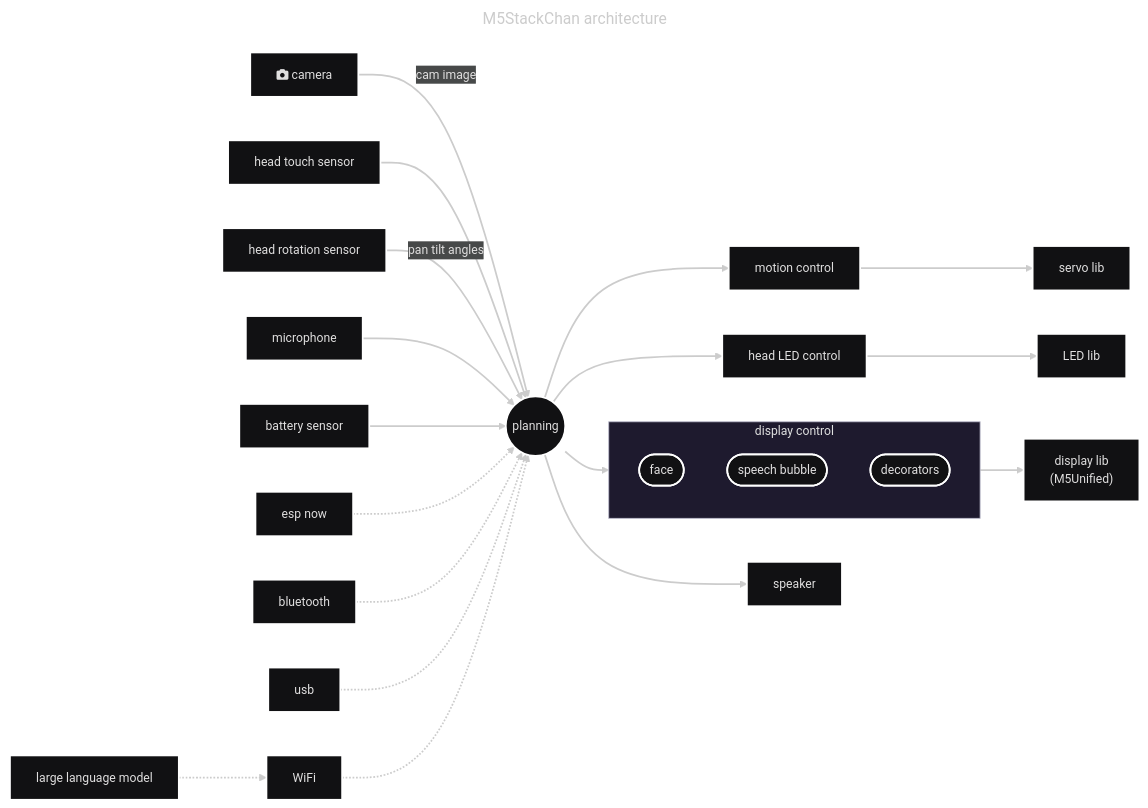
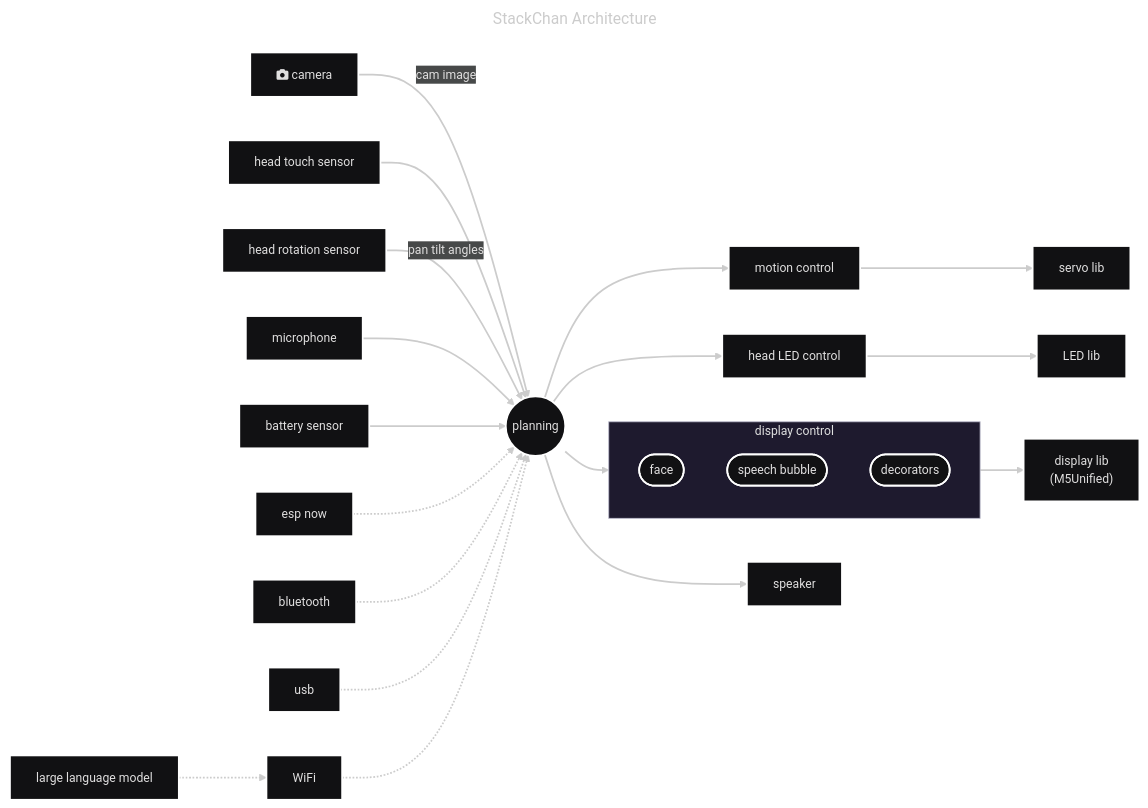
Before and after one commit to botamochi6277/stackchan-display: the diagram in README.md, drawn with Mermaid. The commit also changed other lines of this file and 5 other files, not shown here.

````diff
--- a/README.md
+++ b/README.md
@@ -17,52 +19,52 @@
 ```mermaid
 ---
 config:
   theme: 'redux-dark'
-title: 'M5StackChan architecture'
+title: 'StackChan Architecture'
 ---
 graph LR
 
 
 planning((planning))
 
 %% sensor inputs
 
 camera[fas:fa-camera camera]-->|cam image|planning
 touch[head touch sensor]-->planning
 head_rot[head rotation sensor]-->|pan tilt angles|planning
 mic[microphone]-->planning
 bat[battery sensor]-->planning
 
 %% comm inputs
 
 esp_now[esp now]-.->planning
 ble[bluetooth]-.->planning
 usb[usb]-.->planning
 wifi[WiFi]-.->planning
 
 %% extra
 
 llm[large language model]-.->wifi
 
 %% outputs
 
 planning-->display
 
 subgraph display[display control]
     face([face])
     speech([speech bubble])
     decorators([decorators])
 end
 
 display-->display_lib["display lib<br/>(M5Unified)"]
 
 planning-->mot[motion control]
 mot-->servo_lib[servo lib]
 
 %% head neopixels on M5StackChan Head
 head_led[head LED control]
 planning-->head_led[head LED control]
 head_led-->led_lib[LED lib]
 
 planning-->speaker
 ```
````
